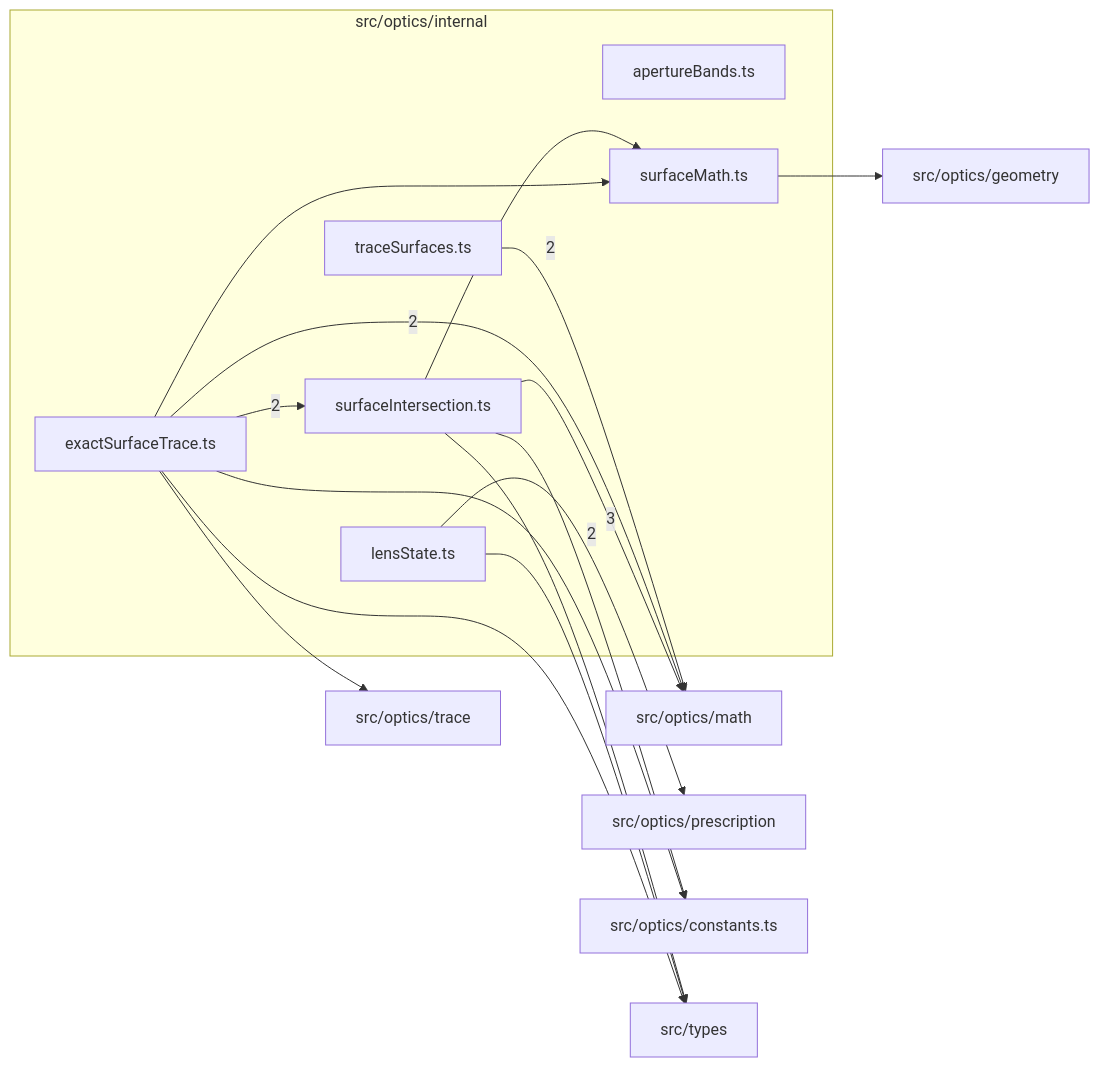
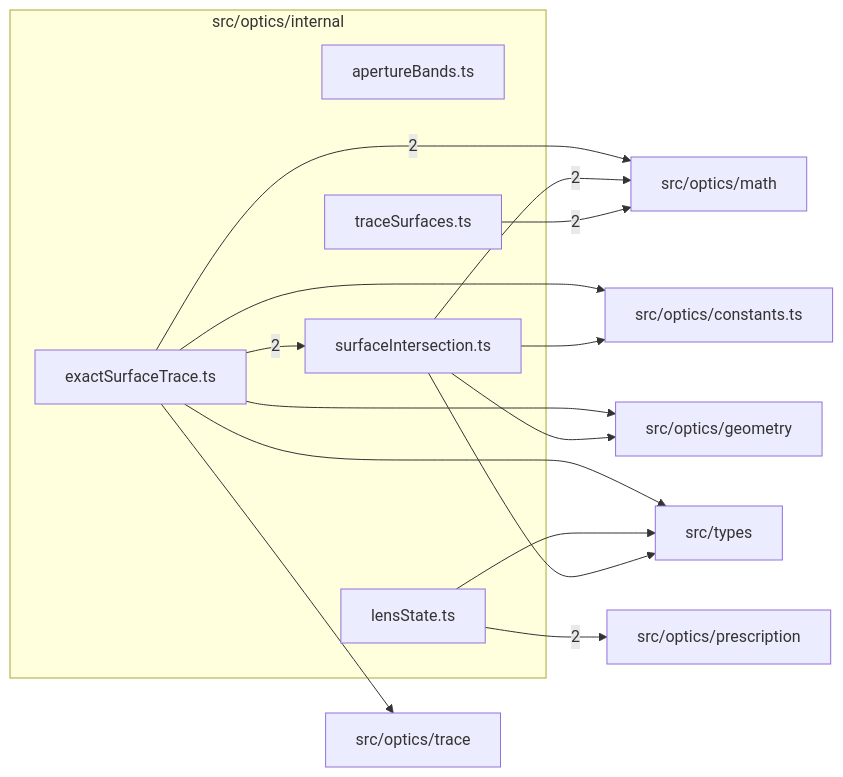
One commit to ronbuening/LensVisualizer changed the diagram in src/optics/internal/readme.md. Above: the diagram before and after it, drawn with Mermaid. The commit also changed other lines of this file and 34 other files, not shown here.

````diff
--- a/src/optics/internal/readme.md
+++ b/src/optics/internal/readme.md
@@ -9,31 +9,29 @@
 ```mermaid
 flowchart LR
   subgraph n_src_optics_internal["src/optics/internal"]
     n_src_optics_internal_src_optics_internal_apertureBands_ts["apertureBands.ts"]
     n_src_optics_internal_src_optics_internal_exactSurfaceTrace_ts["exactSurfaceTrace.ts"]
     n_src_optics_internal_src_optics_internal_lensState_ts["lensState.ts"]
     n_src_optics_internal_src_optics_internal_surfaceIntersection_ts["surfaceIntersection.ts"]
-    n_src_optics_internal_src_optics_internal_surfaceMath_ts["surfaceMath.ts"]
     n_src_optics_internal_src_optics_internal_traceSurfaces_ts["traceSurfaces.ts"]
   end
   n_external_src_optics_math["src/optics/math"]
   n_external_src_optics_prescription["src/optics/prescription"]
   n_external_src_optics_constants_ts["src/optics/constants.ts"]
   n_external_src_optics_geometry["src/optics/geometry"]
   n_external_src_optics_trace["src/optics/trace"]
   n_external_src_types["src/types"]
-  n_src_optics_internal_src_optics_internal_surfaceIntersection_ts --> |3| n_external_src_optics_math
   n_src_optics_internal_src_optics_internal_exactSurfaceTrace_ts --> |2| n_external_src_optics_math
+  n_src_optics_internal_src_optics_internal_surfaceIntersection_ts --> |2| n_external_src_optics_math
   n_src_optics_internal_src_optics_internal_traceSurfaces_ts --> |2| n_external_src_optics_math
   n_src_optics_internal_src_optics_internal_lensState_ts --> |2| n_external_src_optics_prescription
   n_src_optics_internal_src_optics_internal_exactSurfaceTrace_ts --> |2| n_src_optics_internal_src_optics_internal_surfaceIntersection_ts
   n_src_optics_internal_src_optics_internal_exactSurfaceTrace_ts --> n_external_src_optics_constants_ts
   n_src_optics_internal_src_optics_internal_surfaceIntersection_ts --> n_external_src_optics_constants_ts
-  n_src_optics_internal_src_optics_internal_surfaceMath_ts --> n_external_src_optics_geometry
+  n_src_optics_internal_src_optics_internal_exactSurfaceTrace_ts --> n_external_src_optics_geometry
+  n_src_optics_internal_src_optics_internal_surfaceIntersection_ts --> n_external_src_optics_geometry
   n_src_optics_internal_src_optics_internal_exactSurfaceTrace_ts --> n_external_src_optics_trace
   n_src_optics_internal_src_optics_internal_exactSurfaceTrace_ts --> n_external_src_types
   n_src_optics_internal_src_optics_internal_lensState_ts --> n_external_src_types
   n_src_optics_internal_src_optics_internal_surfaceIntersection_ts --> n_external_src_types
-  n_src_optics_internal_src_optics_internal_exactSurfaceTrace_ts --> n_src_optics_internal_src_optics_internal_surfaceMath_ts
-  n_src_optics_internal_src_optics_internal_surfaceIntersection_ts --> n_src_optics_internal_src_optics_internal_surfaceMath_ts
 ```
````
